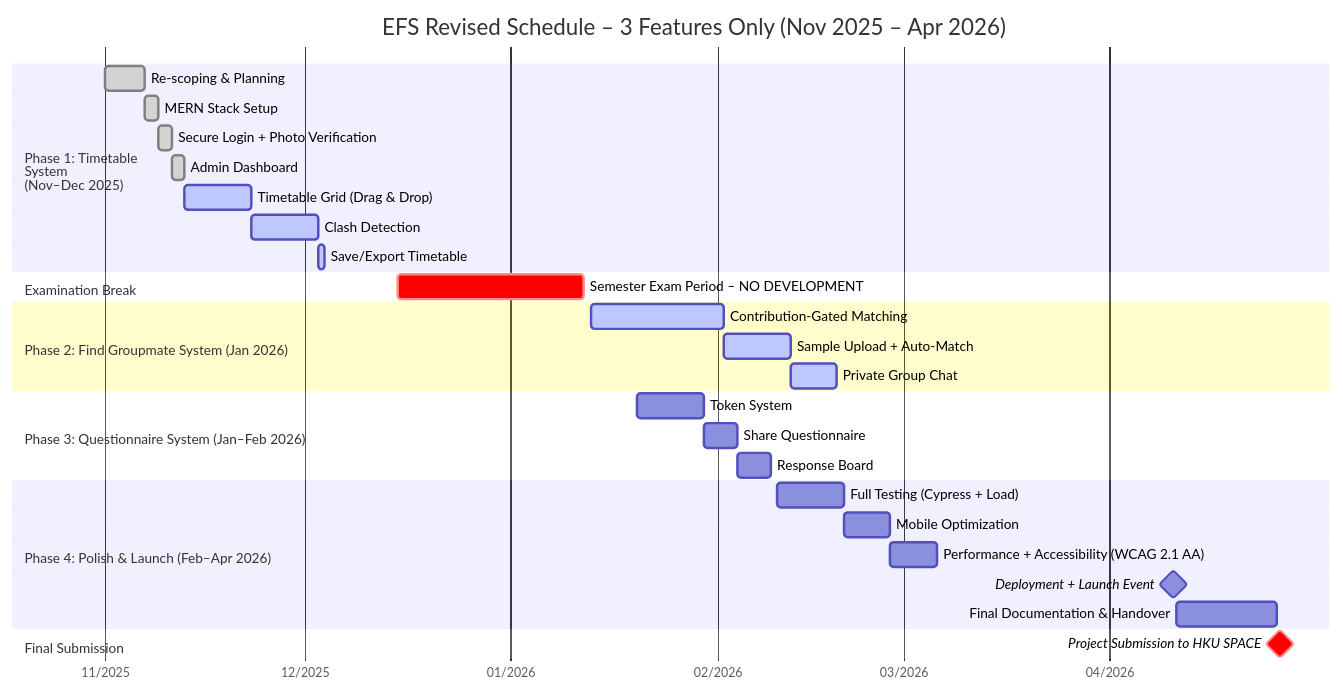
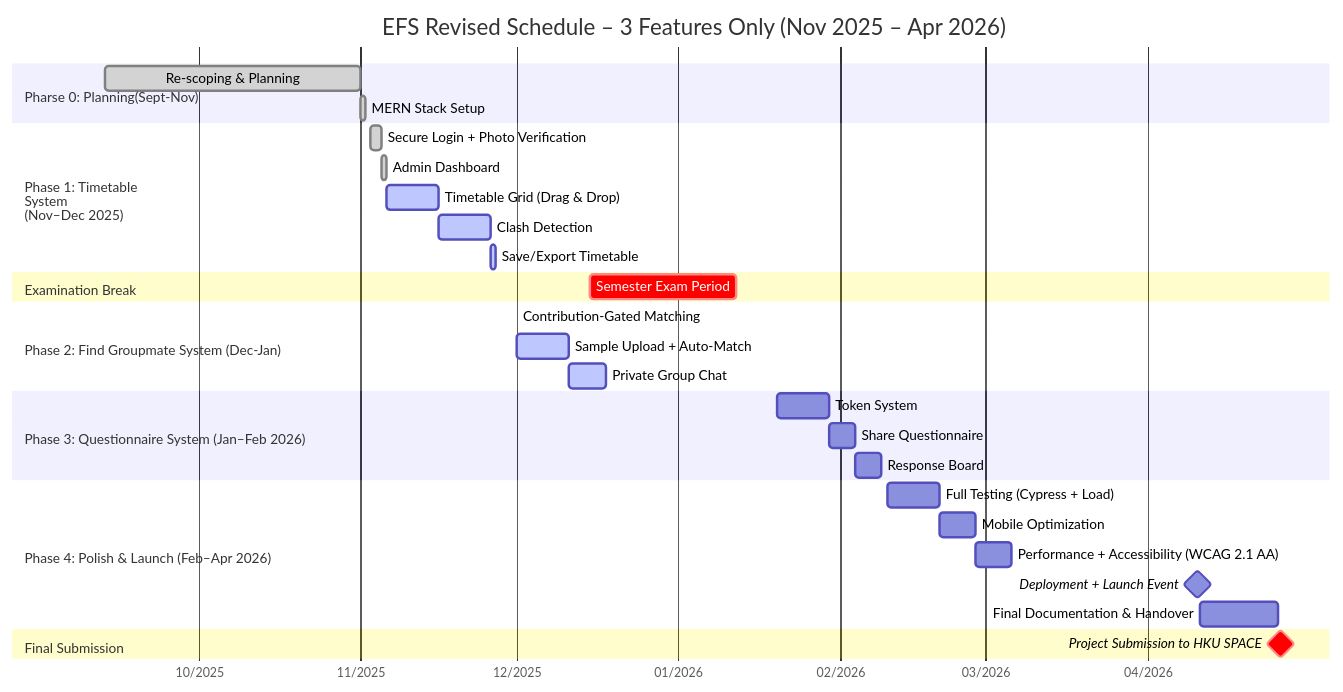
Before and after one commit to MyFGitAccount/MARKDOWN_KK: the diagram in markdown/schedule.md, drawn with Mermaid.

Commit message:
add schedule

````diff
--- a/markdown/schedule.md
+++ b/markdown/schedule.md
@@ -1,40 +1,42 @@
 ```mermaid
 gantt
     title EFS Revised Schedule – 3 Features Only (Nov 2025 – Apr 2026)
     dateFormat  YYYY-MM-DD
     axisFormat  %m/%Y
     tickInterval 1month
     todayMarker stroke-width:1px,stroke:#e74c3c,opacity:0.9,font-size:small
+    
+    section Pharse 0: Planning(Sept-Nov)
+    Re-scoping & Planning                     :done, plan1, 2025-9-13, 2025-11-01
+    MERN Stack Setup                          :done, setup1, after plan1, 1d
 
     section Phase 1: Timetable <br>System<br>(Nov–Dec 2025)
-    Re-scoping & Planning                     :done, plan1, 2025-11-01, 2025-11-07
-    MERN Stack Setup                          :done, setup1, after plan1, 2d
-    Secure Login + Photo Verification         :done, auth1, after setup1, 2d
-    Admin Dashboard                           :done, admin1, after auth1, 2d
+    Secure Login + Photo Verification         :done,  auth1, 2025-11-03, 2025-11-05
+    Admin Dashboard                           :done, admin1, after auth1, 1d
     Timetable Grid (Drag & Drop)              :active, timetable1, after admin1, 10d
     Clash Detection                           :active, clash1, after timetable1, 10d
     Save/Export Timetable                     :active, export1, after clash1, 1d
 
     section Examination Break
-    Semester Exam Period – NO DEVELOPMENT     :crit, exam, 2025-12-15, 2026-01-12
+    Semester Exam Period                      :crit, exam, 2025-12-15, 2026-01-12
 
-    section Phase 2: Find Groupmate System (Jan 2026)
-    Contribution-Gated Matching               :active, group1, 2026-01-13, 20d
+    section Phase 2: Find Groupmate System (Dec-Jan)
+    Contribution-Gated Matching               :active, group1, 2025-12-1, d
     Sample Upload + Auto-Match                :active, timer1, after group1, 10d
     Private Group Chat                        :active, chat1, after timer1, 7d
 
     section Phase 3: Questionnaire System (Jan–Feb 2026)
     Token System                              :token1, 2026-01-20, 10d
     Share Questionnaire                       :share1, after token1, 5d
     Response Board                            :board1, after share1, 5d
 
     section Phase 4: Polish & Launch (Feb–Apr 2026)
     Full Testing (Cypress + Load)             :test1, 2026-02-10, 10d
     Mobile Optimization                       :mobile1, after test1, 7d
     Performance + Accessibility (WCAG 2.1 AA) :perf1, after mobile1, 7d
     Deployment + Launch Event                 :milestone, launch, 2026-04-10, 1d
     Final Documentation & Handover            :handover1, after launch, 15d
 
     section Final Submission
     Project Submission to HKU SPACE           :crit, milestone, submit, 2026-04-26, 1d
 ```
````
